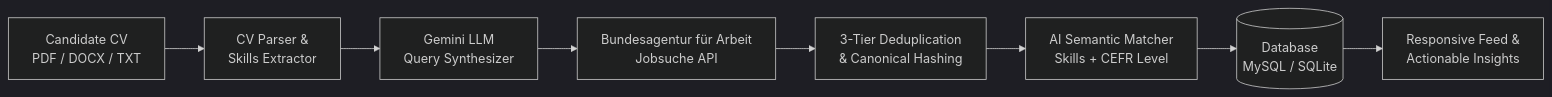
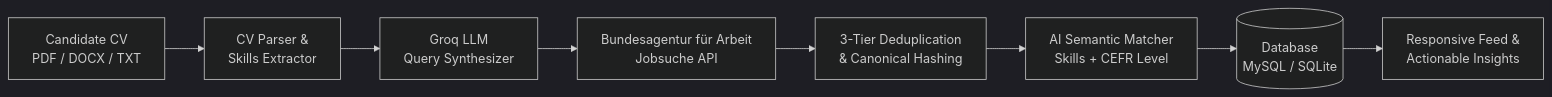
Before and after one commit to metimol/Jobvis: the diagram in README.md, drawn with Mermaid (dark theme). The commit also changed other lines of this file and 13 other files, not shown here.

Commit message:
Change LLM provider to Groq

````diff
--- a/README.md
+++ b/README.md
@@ -32,10 +32,10 @@
 ```mermaid
 flowchart LR
     A[Candidate CV<br/>PDF / DOCX / TXT] --> B[CV Parser &<br/>Skills Extractor]
-    B --> C[Gemini LLM<br/>Query Synthesizer]
+    B --> C[Groq LLM<br/>Query Synthesizer]
     C --> D[Bundesagentur für Arbeit<br/>Jobsuche API]
     D --> E[3-Tier Deduplication<br/>& Canonical Hashing]
     E --> F[AI Semantic Matcher<br/>Skills + CEFR Level]
     F --> G[(Database<br/>MySQL / SQLite)]
     G --> H[Responsive Feed &<br/>Actionable Insights]
 ```
````
